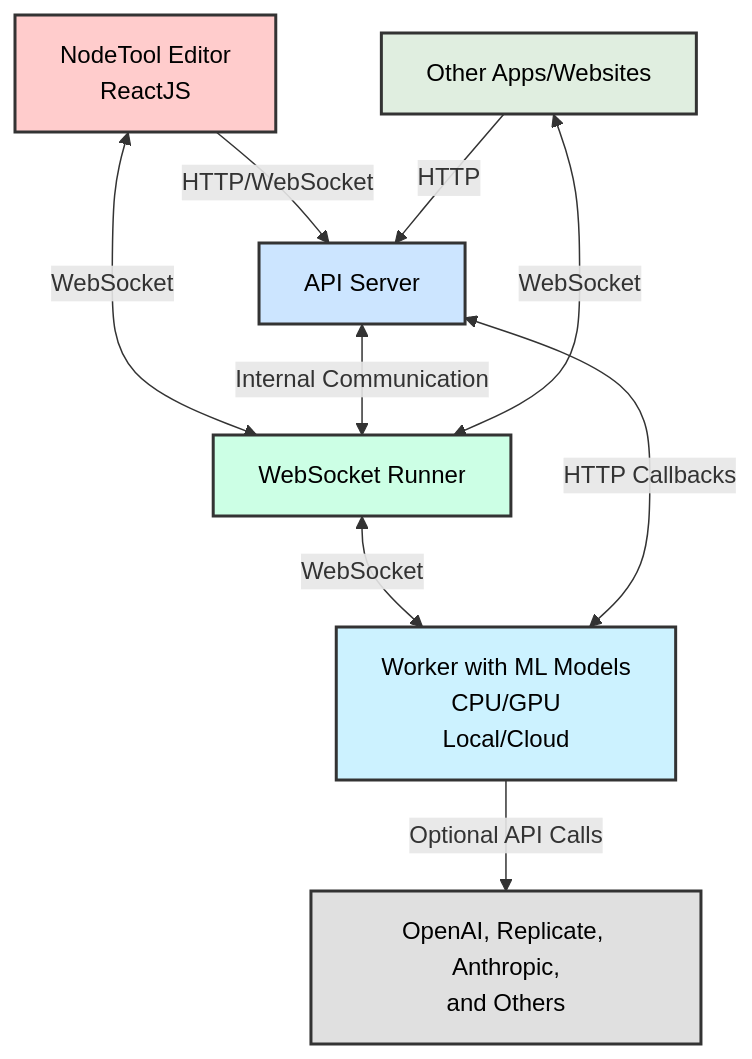
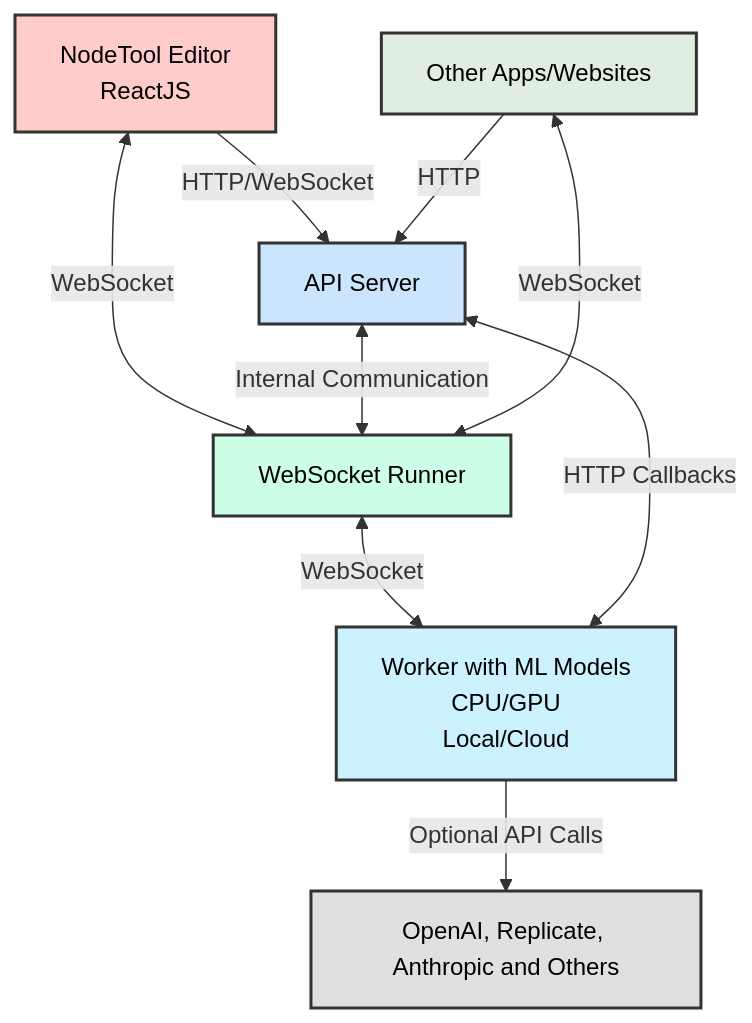
One commit to nodetool-ai/nodetool changed the diagram in README.md. Above: the diagram before and after it, drawn with Mermaid.

Commit message:
Update README.md fix chart

````diff
--- a/README.md
+++ b/README.md
@@ -138,28 +138,28 @@
 ```mermaid
 graph TD
 A[NodeTool Editor<br>ReactJS] -->|HTTP/WebSocket| B[API Server]
 A <-->|WebSocket| C[WebSocket Runner]
 B <-->|Internal Communication| C
 C <-->|WebSocket| D[Worker with ML Models<br>CPU/GPU<br>Local/Cloud]
 D <-->|HTTP Callbacks| B
 E[Other Apps/Websites] -->|HTTP| B
 E <-->|WebSocket| C
-D -->|Optional API Calls| F[OpenAI, Replicate, Anthropic,<br>and Others]
+D -->|Optional API Calls| F[OpenAI, Replicate, Anthropic and Others]
 
 
     classDef default fill:#e0eee0,stroke:#333,stroke-width:2px,color:#000;
     classDef frontend fill:#ffcccc,stroke:#333,stroke-width:2px,color:#000;
     classDef server fill:#cce5ff,stroke:#333,stroke-width:2px,color:#000;
     classDef runner fill:#ccffe5,stroke:#333,stroke-width:2px,color:#000;
     classDef worker fill:#ccf2ff,stroke:#333,stroke-width:2px,color:#000;
     classDef api fill:#e0e0e0,stroke:#333,stroke-width:2px,color:#000;
     classDef darkgray fill:#a9a9a9,stroke:#333,stroke-width:2px,color:#000;
 
 
     class A frontend;
     class B server;
     class C runner;
     class D worker;
     class E other;
     class F,G,H api;
 ```
````
